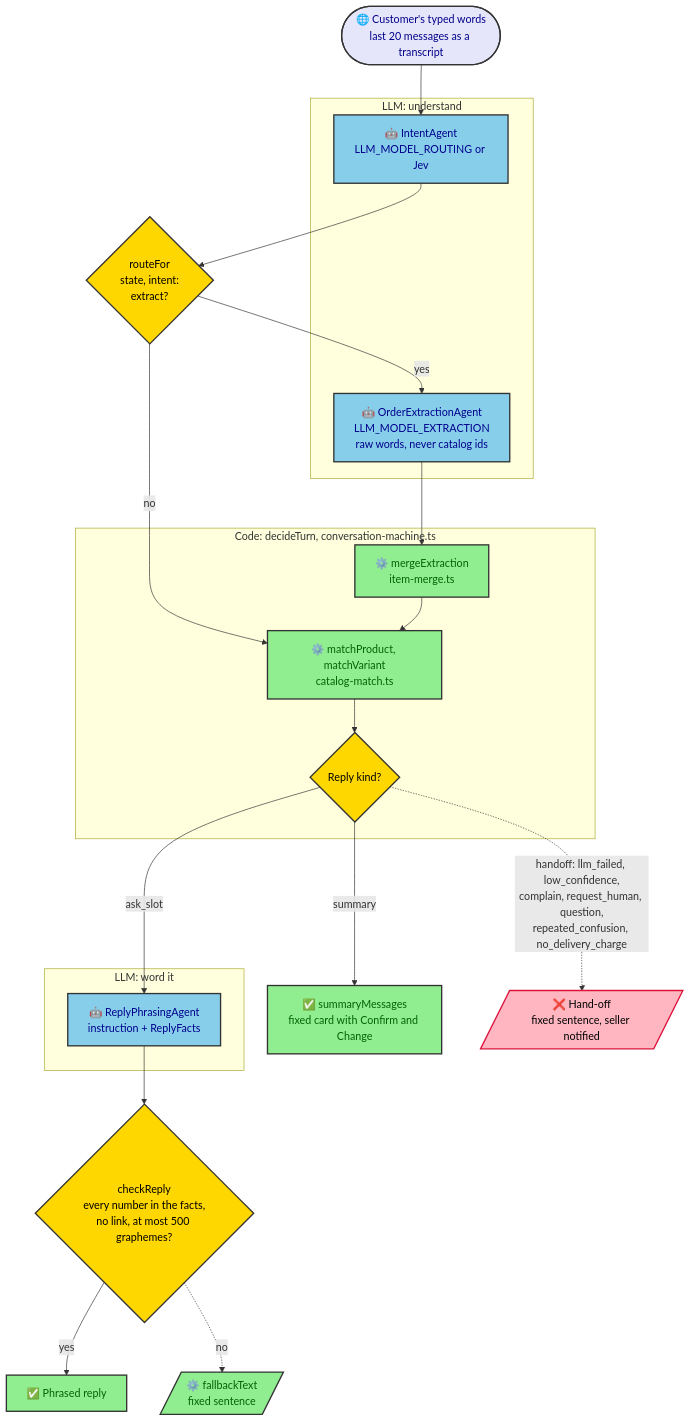
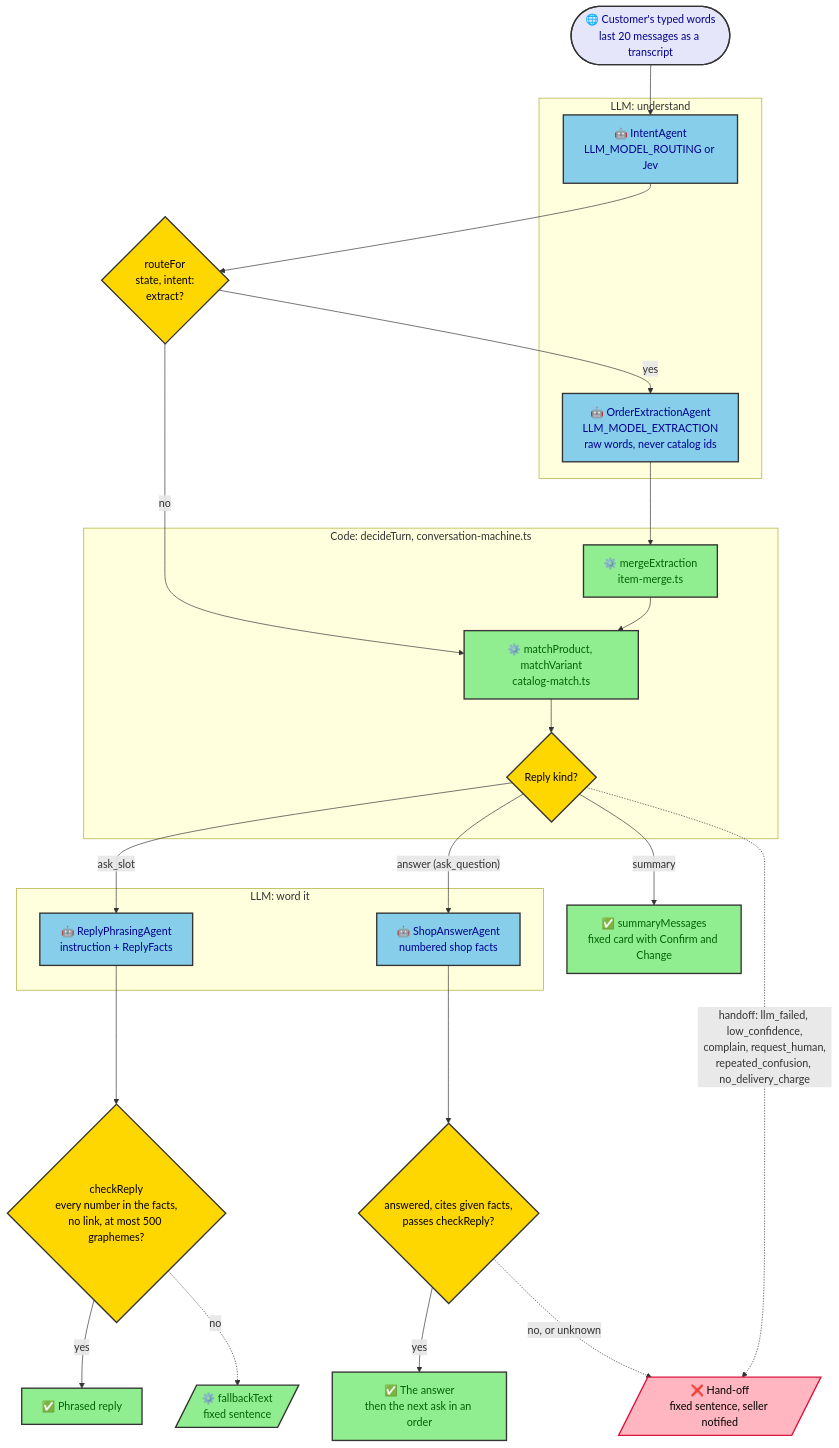
Before and after one commit to nabil404/project-alpha: the first of 4 diagrams in docs/architecture/ai.md, drawn with Mermaid. The commit also changed other lines of this file and 7 other files, not shown here.

````diff
--- a/docs/architecture/ai.md
+++ b/docs/architecture/ai.md
@@ -47,46 +48,52 @@
 ```mermaid
 flowchart TD
     chat(["🌐 Customer's typed words<br/>last 20 messages as a transcript"]) --> classify
 
     subgraph understand ["LLM: understand"]
         classify["🤖 IntentAgent<br/>LLM_MODEL_ROUTING or Jev"]
         extract["🤖 OrderExtractionAgent<br/>LLM_MODEL_EXTRACTION<br/>raw words, never catalog ids"]
     end
 
     classify --> want{"routeFor<br/>state, intent:<br/>extract?"}
     want -- yes --> extract
     want -- no --> match
     extract --> merge
 
     subgraph decideTurn ["Code: decideTurn, conversation-machine.ts"]
         merge["⚙️ mergeExtraction<br/>item-merge.ts"]
         match["⚙️ matchProduct, matchVariant<br/>catalog-match.ts"]
         next{"Reply kind?"}
         merge --> match --> next
     end
 
     next -- ask_slot --> phrase
     next -- summary --> card["✅ summaryMessages<br/>fixed card with Confirm and Change"]
+    next -- "answer (ask_question)" --> answer
 
     subgraph word ["LLM: word it"]
         phrase["🤖 ReplyPhrasingAgent<br/>instruction + ReplyFacts"]
+        answer["🤖 ShopAnswerAgent<br/>numbered shop facts"]
     end
+
+    answer --> cited{"answered, cites given facts,<br/>passes checkReply?"}
+    cited -- "yes" --> answered["✅ The answer<br/>then the next ask in an order"]
+    cited -. "no, or unknown" .-> handoff
 
     phrase --> check{"checkReply<br/>every number in the facts,<br/>no link, at most 500 graphemes?"}
     check -- yes --> sent["✅ Phrased reply"]
     check -. no .-> fixed[/"⚙️ fallbackText<br/>fixed sentence"/]
-    next -. "handoff: llm_failed, low_confidence,<br/>complain, request_human, question,<br/>repeated_confusion, no_delivery_charge" .-> handoff[/"❌ Hand-off<br/>fixed sentence, seller notified"/]
+    next -. "handoff: llm_failed, low_confidence,<br/>complain, request_human,<br/>repeated_confusion, no_delivery_charge" .-> handoff[/"❌ Hand-off<br/>fixed sentence, seller notified"/]
 
     classDef entry    fill:#E6E6FA,stroke:#333,stroke-width:2px,color:#00008B
     classDef guard    fill:#87CEEB,stroke:#333,stroke-width:2px,color:#00008B
     classDef decision fill:#FFD700,stroke:#333,stroke-width:2px,color:#000
     classDef work     fill:#90EE90,stroke:#333,stroke-width:2px,color:#006400
     classDef store    fill:#E6E6FA,stroke:#333,stroke-width:2px,color:#00008B
     classDef reject   fill:#FFB6C1,stroke:#DC143C,stroke-width:2px,color:#000
 
     class chat entry
-    class classify,extract,phrase guard
-    class want,next,check decision
-    class merge,match,card,sent,fixed work
+    class classify,extract,phrase,answer guard
+    class want,next,check,cited decision
+    class merge,match,card,sent,fixed,answered work
     class handoff reject
 ```
````
